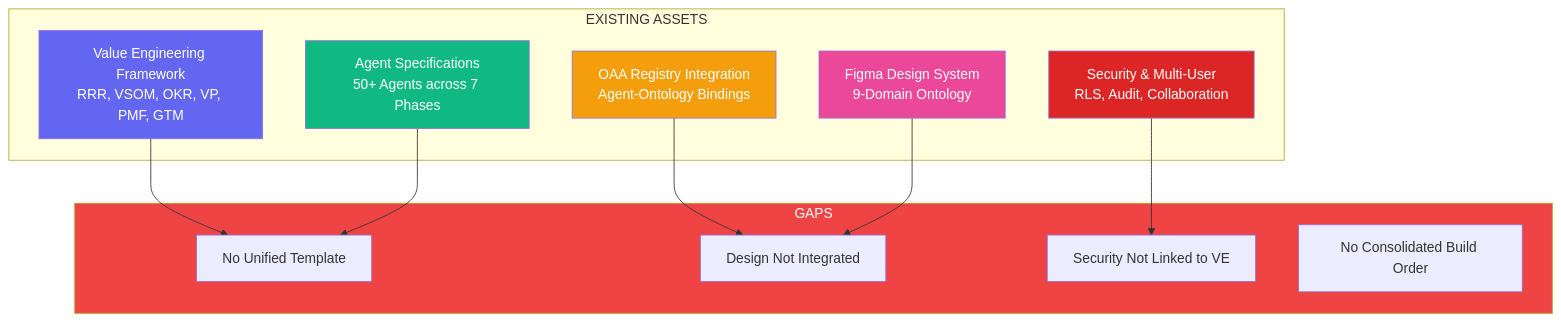
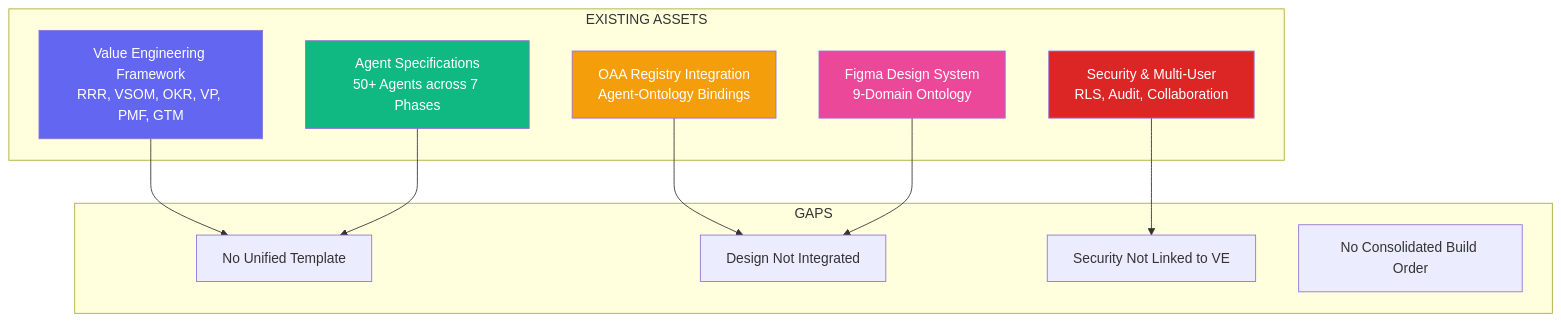
Before and after one commit to ajrmooreuk/PF-Prototype-Shared: the first of 17 diagrams in 1 Architecture/0.1 Solution architects/HLD-High-level/HLD_AGENTIC_SOLUTION_TEMPLATE.md, drawn with Mermaid. The commit also changed other lines of this file, not shown here.

First line of the commit message:
docs: Fix mermaid diagram syntax errors - HLD v1.1.0

````diff
--- a/1 Architecture/0.1 Solution architects/HLD-High-level/HLD_AGENTIC_SOLUTION_TEMPLATE.md
+++ b/1 Architecture/0.1 Solution architects/HLD-High-level/HLD_AGENTIC_SOLUTION_TEMPLATE.md
@@ -35,30 +36,29 @@
 ```mermaid
 graph TB
-    subgraph "EXISTING ASSETS"
-        VE[Value Engineering Framework<br/>RRR, VSOM, OKR, VP, PMF, GTM]
-        AGENTS[Agent Specifications<br/>50+ Agents across 7 Phases]
-        OAA[OAA Registry Integration<br/>Agent-Ontology Bindings]
-        DESIGN[Figma Design System<br/>9-Domain Ontology]
-        SECURITY[Security & Multi-User<br/>RLS, Audit, Collaboration]
+    subgraph EXISTING["EXISTING ASSETS"]
+        VE["Value Engineering Framework<br/>RRR, VSOM, OKR, VP, PMF, GTM"]
+        AGENTS["Agent Specifications<br/>50+ Agents across 7 Phases"]
+        OAA["OAA Registry Integration<br/>Agent-Ontology Bindings"]
+        DESIGN["Figma Design System<br/>9-Domain Ontology"]
+        SECURITY["Security & Multi-User<br/>RLS, Audit, Collaboration"]
     end
     
-    subgraph "GAPS"
-        G1[No Unified Template]
-        G2[Design Not Integrated]
-        G3[Security Not Linked to VE]
-        G4[No Consolidated Build Order]
+    subgraph GAPS["GAPS"]
+        G1["No Unified Template"]
+        G2["Design Not Integrated"]
+        G3["Security Not Linked to VE"]
+        G4["No Consolidated Build Order"]
     end
     
     VE --> G1
     AGENTS --> G1
     OAA --> G2
     DESIGN --> G2
     SECURITY --> G3
     
     style VE fill:#6366F1,color:#fff
     style AGENTS fill:#10B981,color:#fff
     style OAA fill:#F59E0B,color:#fff
     style DESIGN fill:#EC4899,color:#fff
     style SECURITY fill:#DC2626,color:#fff
-    style GAPS fill:#EF4444,color:#fff
 ```
````
